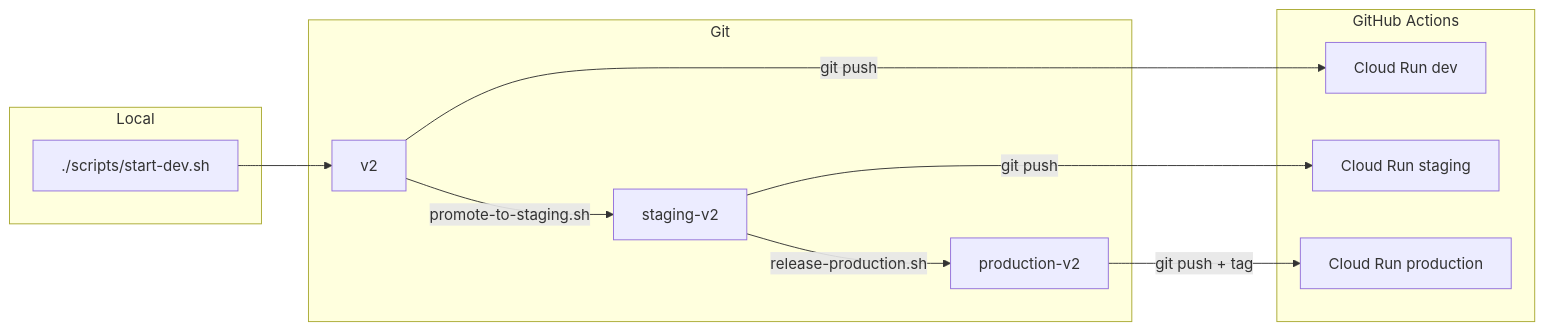
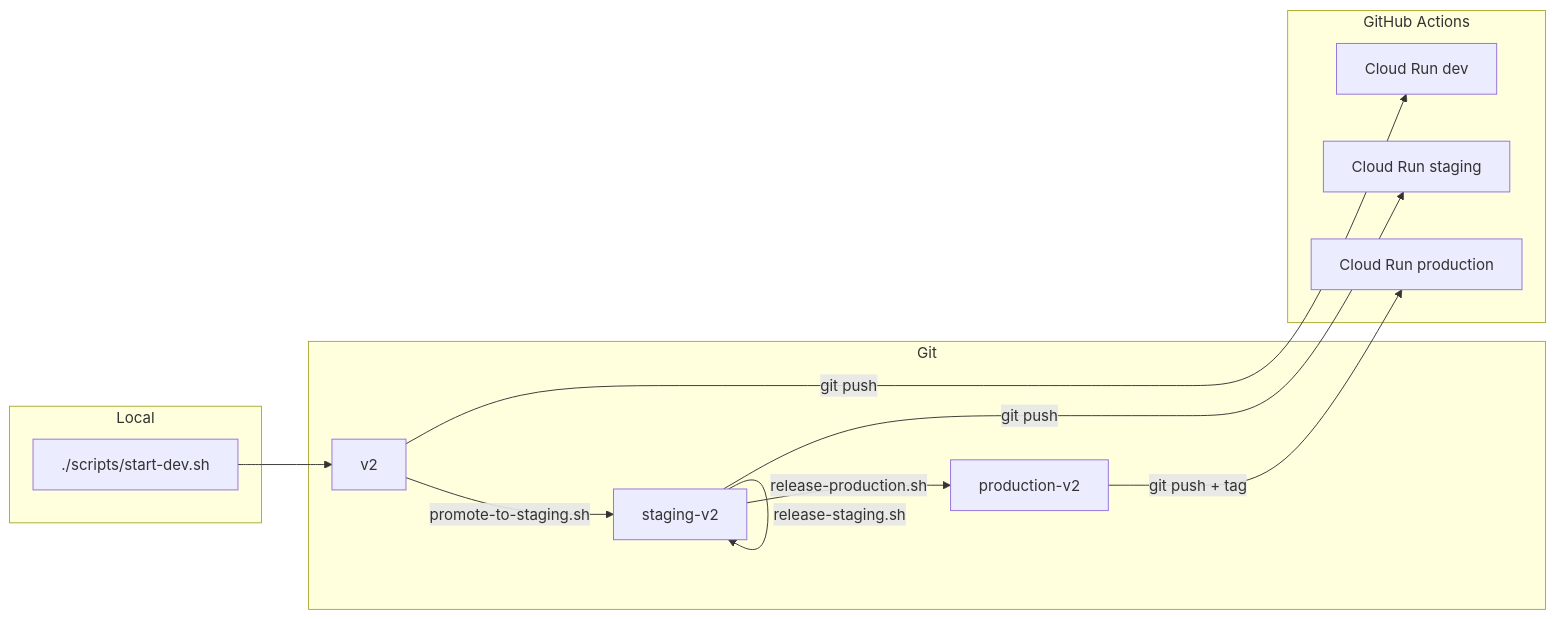
The diagram in docs/v2/technical/DEPLOYMENT_WORKFLOW.md (plamarque/hatcast), drawn with Mermaid before and after one commit. The commit also changed other lines of this file and 7 other files, not shown here.

First line of the commit message:
ops(v2): Add staging RC release script

````diff
--- a/docs/v2/technical/DEPLOYMENT_WORKFLOW.md
+++ b/docs/v2/technical/DEPLOYMENT_WORKFLOW.md
@@ -7,22 +7,23 @@
 ```mermaid
 flowchart LR
   subgraph local [Local]
     DevLocal["./scripts/start-dev.sh"]
   end
   subgraph git [Git]
     V2[v2]
     STG[staging-v2]
     PROD[production-v2]
   end
   subgraph ci [GitHub Actions]
     CRdev[Cloud Run dev]
     CRstg[Cloud Run staging]
     CRprod[Cloud Run production]
   end
   DevLocal --> V2
   V2 -->|git push| CRdev
   V2 -->|promote-to-staging.sh| STG
   STG -->|git push| CRstg
+  STG -->|release-staging.sh| STG
   STG -->|release-production.sh| PROD
   PROD -->|git push + tag| CRprod
 ```
````
